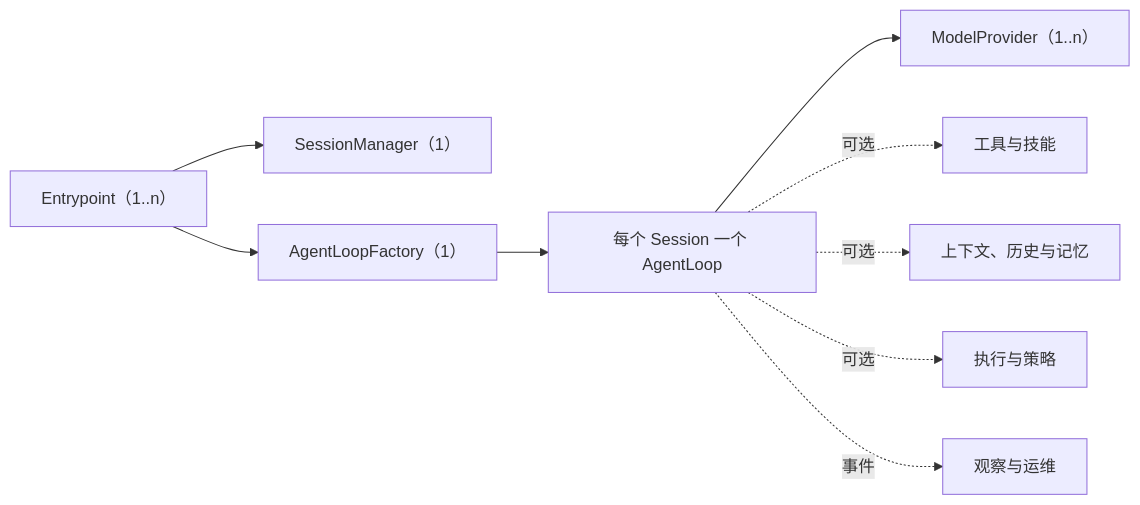
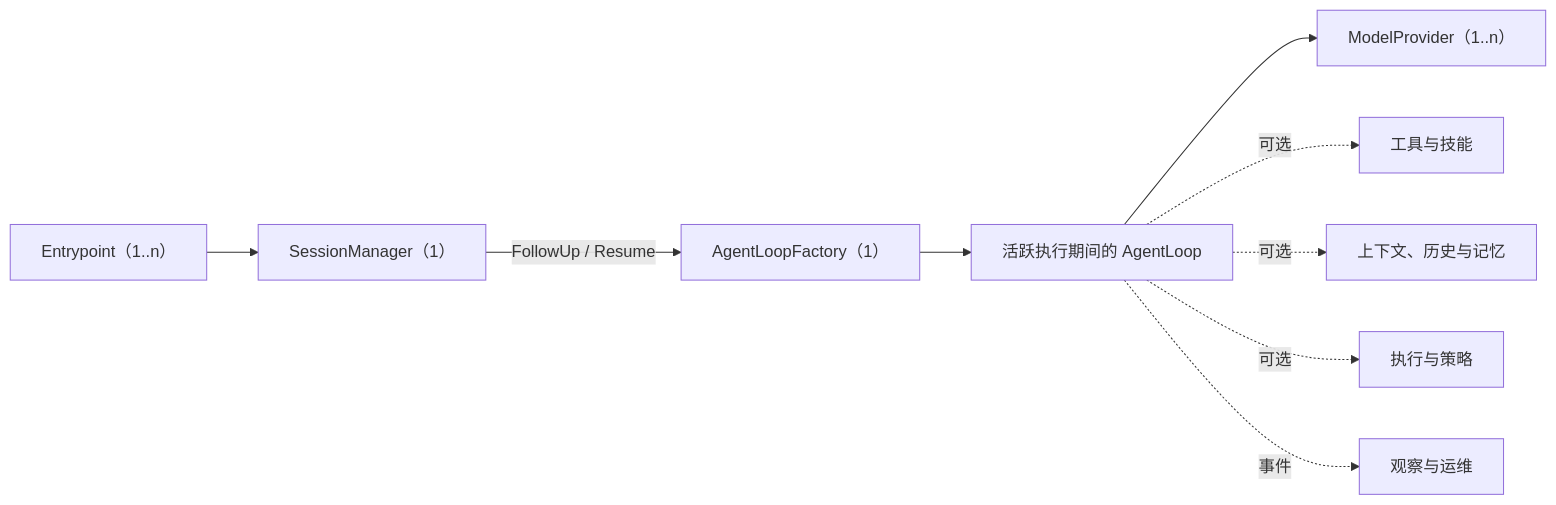
Before and after one commit to LyleLiu666/agentSlot: the diagram in COMPONENT_MAP.zh-CN.md, drawn with Mermaid. The commit also changed other lines of this file and 6 other files, not shown here.

````diff
--- a/COMPONENT_MAP.zh-CN.md
+++ b/COMPONENT_MAP.zh-CN.md
@@ -64,11 +65,11 @@
 ```mermaid
 flowchart LR
     E["Entrypoint（1..n）"] --> S["SessionManager（1）"]
-    E --> F["AgentLoopFactory（1）"]
-    F --> L["每个 Session 一个 AgentLoop"]
+    S -->|"FollowUp / Resume"| F["AgentLoopFactory（1）"]
+    F --> L["活跃执行期间的 AgentLoop"]
     L --> M["ModelProvider（1..n）"]
     L -. "可选" .-> T["工具与技能"]
     L -. "可选" .-> C["上下文、历史与记忆"]
     L -. "可选" .-> X["执行与策略"]
     L -. "事件" .-> O["观察与运维"]
 ```
````
